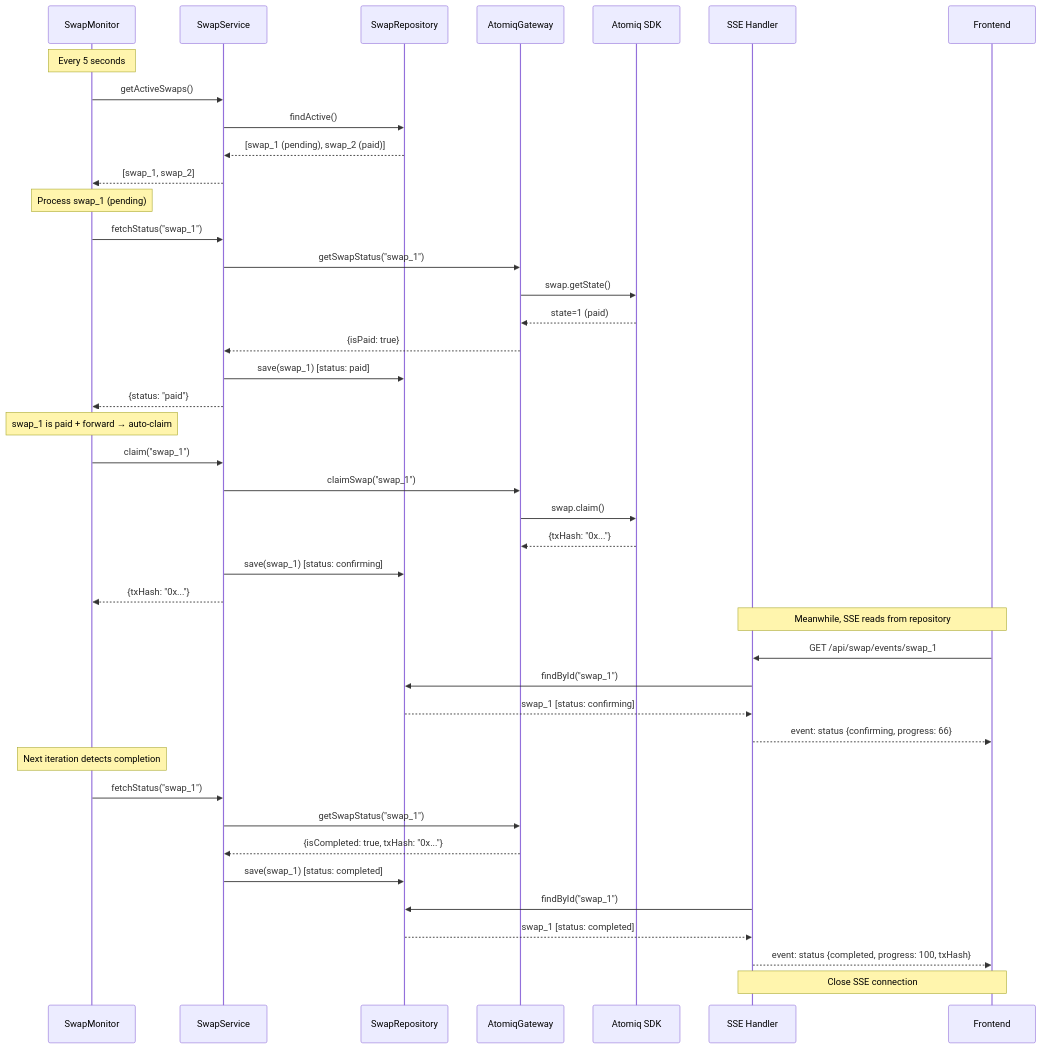
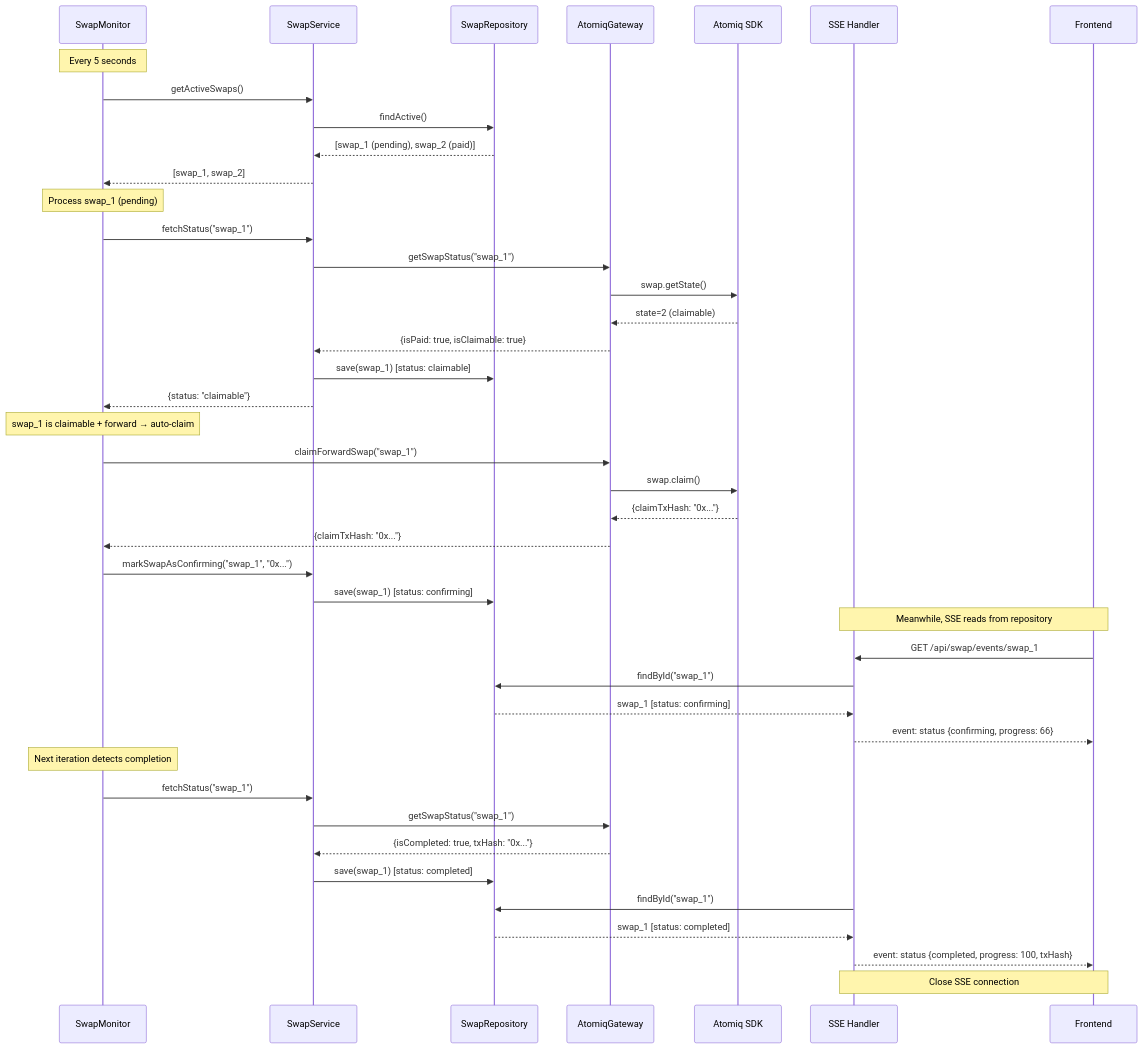
One commit to bitcoin-is-money/bim-app changed the diagram in doc/flow/swap-monitor.md. Above: the diagram before and after it, drawn with Mermaid. The commit also changed other lines of this file and 15 other files, not shown here.

````diff
--- a/doc/flow/swap-monitor.md
+++ b/doc/flow/swap-monitor.md
@@ -266,51 +266,51 @@
 ```mermaid
 sequenceDiagram
     participant Monitor as SwapMonitor
     participant Service as SwapService
     participant Repo as SwapRepository
     participant Gateway as AtomiqGateway
     participant SDK as Atomiq SDK
     participant SSE as SSE Handler
     participant Client as Frontend
 
     Note over Monitor: Every 5 seconds
 
     Monitor->>Service: getActiveSwaps()
     Service->>Repo: findActive()
     Repo-->>Service: [swap_1 (pending), swap_2 (paid)]
     Service-->>Monitor: [swap_1, swap_2]
 
     Note over Monitor: Process swap_1 (pending)
     Monitor->>Service: fetchStatus("swap_1")
     Service->>Gateway: getSwapStatus("swap_1")
     Gateway->>SDK: swap.getState()
-    SDK-->>Gateway: state=1 (paid)
-    Gateway-->>Service: {isPaid: true}
-    Service->>Repo: save(swap_1) [status: paid]
-    Service-->>Monitor: {status: "paid"}
+    SDK-->>Gateway: state=2 (claimable)
+    Gateway-->>Service: {isPaid: true, isClaimable: true}
+    Service->>Repo: save(swap_1) [status: claimable]
+    Service-->>Monitor: {status: "claimable"}
 
-    Note over Monitor: swap_1 is paid + forward → auto-claim
-    Monitor->>Service: claim("swap_1")
-    Service->>Gateway: claimSwap("swap_1")
+    Note over Monitor: swap_1 is claimable + forward → auto-claim
+    Monitor->>Gateway: claimForwardSwap("swap_1")
     Gateway->>SDK: swap.claim()
-    SDK-->>Gateway: {txHash: "0x..."}
+    SDK-->>Gateway: {claimTxHash: "0x..."}
+    Gateway-->>Monitor: {claimTxHash: "0x..."}
+    Monitor->>Service: markSwapAsConfirming("swap_1", "0x...")
     Service->>Repo: save(swap_1) [status: confirming]
-    Service-->>Monitor: {txHash: "0x..."}
 
     Note over SSE,Client: Meanwhile, SSE reads from repository
     Client->>SSE: GET /api/swap/events/swap_1
     SSE->>Repo: findById("swap_1")
     Repo-->>SSE: swap_1 [status: confirming]
     SSE-->>Client: event: status {confirming, progress: 66}
 
     Note over Monitor: Next iteration detects completion
     Monitor->>Service: fetchStatus("swap_1")
     Service->>Gateway: getSwapStatus("swap_1")
     Gateway-->>Service: {isCompleted: true, txHash: "0x..."}
     Service->>Repo: save(swap_1) [status: completed]
 
     SSE->>Repo: findById("swap_1")
     Repo-->>SSE: swap_1 [status: completed]
     SSE-->>Client: event: status {completed, progress: 100, txHash}
     Note over SSE,Client: Close SSE connection
 ```
````
